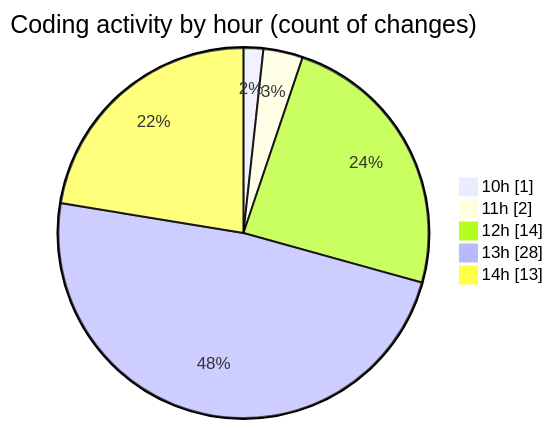
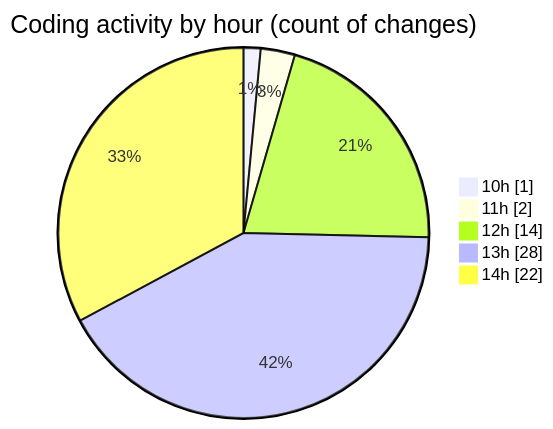
Before and after one commit to momahboobian/code-tracking: the second of 2 diagrams in 2026-11-02/cda/README.md, drawn with Mermaid. The commit also changed other lines of this file and 1 other file, not shown here.

````diff
--- a/2026-11-02/cda/README.md
+++ b/2026-11-02/cda/README.md
@@ -45,9 +46,9 @@
 ```mermaid
 pie showData
 title Coding activity by hour (count of changes)
 "10h" : 1
 "11h" : 2
 "12h" : 14
 "13h" : 28
-"14h" : 13
+"14h" : 22
 ```
````
